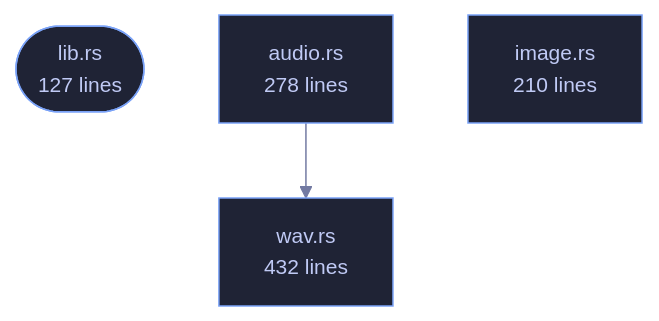
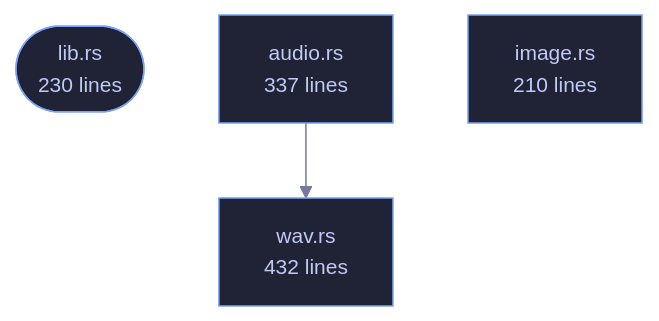
One commit to tilas01/veilvoice changed the diagram in crates/veilvoice-meta/README.md. Above: the diagram before and after it, drawn with Mermaid. The commit also changed other lines of this file and 82 other files, not shown here.

````diff
--- a/crates/veilvoice-meta/README.md
+++ b/crates/veilvoice-meta/README.md
@@ -83,13 +83,13 @@
 ```mermaid
 %%{init: {"theme":"base","themeVariables":{"background":"#1a1b26","primaryColor":"#1f2335","primaryTextColor":"#c0caf5","primaryBorderColor":"#7aa2f7","secondaryColor":"#16161e","tertiaryColor":"#16161e","lineColor":"#737aa2","textColor":"#c0caf5","mainBkg":"#1f2335","nodeBorder":"#7aa2f7","clusterBkg":"#16161e","clusterBorder":"#2f3549","fontFamily":"ui-monospace, SFMono-Regular, Consolas, monospace","fontSize":"14px"}}}%%
 flowchart TD
-    n_lib(["lib.rs<br/>127 lines"])
-    n_audio["audio.rs<br/>278 lines"]
+    n_lib(["lib.rs<br/>230 lines"])
+    n_audio["audio.rs<br/>337 lines"]
     n_image["image.rs<br/>210 lines"]
     n_wav["wav.rs<br/>432 lines"]
     n_audio --> n_wav
     click n_lib href "https://github.com/tilas01/veilvoice/blob/main/crates/veilvoice-meta/src/lib.rs" "open the source"
     click n_audio href "https://github.com/tilas01/veilvoice/blob/main/crates/veilvoice-meta/src/audio.rs" "open the source"
     click n_image href "https://github.com/tilas01/veilvoice/blob/main/crates/veilvoice-meta/src/image.rs" "open the source"
     click n_wav href "https://github.com/tilas01/veilvoice/blob/main/crates/veilvoice-meta/src/wav.rs" "open the source"
 ```
````
